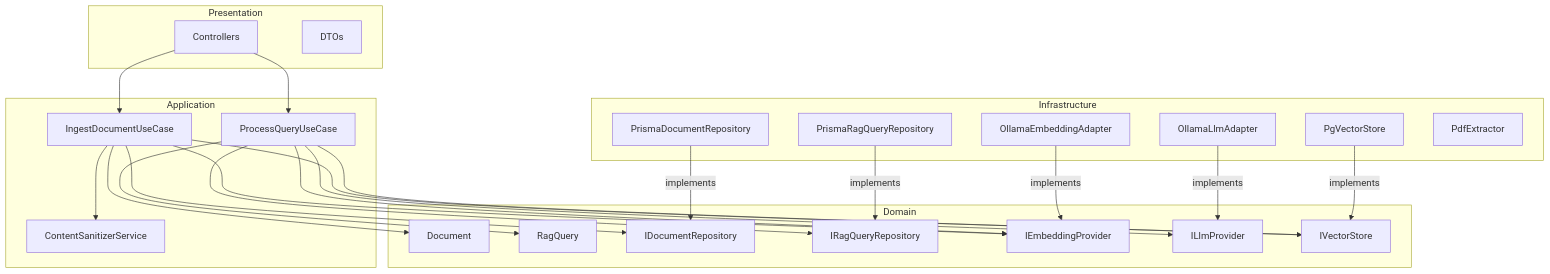
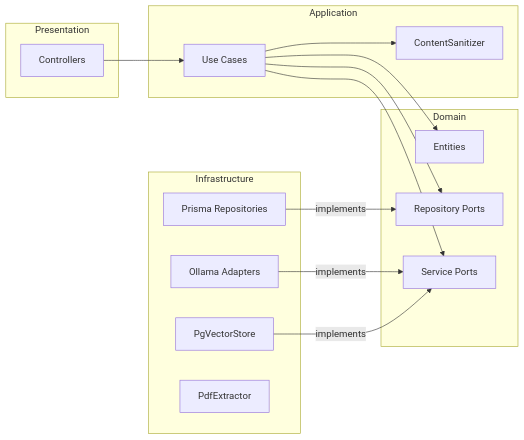
The first of 3 diagrams in README.md (vidaal126/Rag-api), drawn with Mermaid before and after one commit. The commit also changed other lines of this file, not shown here.

````diff
--- a/README.md
+++ b/README.md
@@ -57,50 +57,33 @@
 ```mermaid
-graph TD
+graph LR
     subgraph Presentation
-        A[Controllers]
-        B[DTOs]
+        CT[Controllers]
     end
 
     subgraph Application
-        C[IngestDocumentUseCase]
-        D[ProcessQueryUseCase]
-        E[ContentSanitizerService]
+        UC[Use Cases]
+        SV[ContentSanitizer]
     end
 
     subgraph Domain
-        F[Document]
-        G[RagQuery]
-        H[IDocumentRepository]
-        I[IRagQueryRepository]
-        J[IEmbeddingProvider]
-        K[ILlmProvider]
-        L[IVectorStore]
+        EN[Entities]
+        RP[Repository Ports]
+        SP[Service Ports]
     end
 
     subgraph Infrastructure
-        M[PrismaDocumentRepository]
-        N[PrismaRagQueryRepository]
-        O[OllamaEmbeddingAdapter]
-        P[OllamaLlmAdapter]
-        Q[PgVectorStore]
-        R[PdfExtractor]
+        PR[Prisma Repositories]
+        OL[Ollama Adapters]
+        PV[PgVectorStore]
+        PD[PdfExtractor]
     end
 
-    A --> C
-    A --> D
-    C --> F
-    C --> H
-    C --> J
-    C --> L
-    C --> E
-    D --> G
-    D --> I
-    D --> J
-    D --> K
-    D --> L
-    M -->|implements| H
-    N -->|implements| I
-    O -->|implements| J
-    P -->|implements| K
-    Q -->|implements| L
+    CT --> UC
+    UC --> EN
+    UC --> RP
+    UC --> SP
+    UC --> SV
+    PR -->|implements| RP
+    OL -->|implements| SP
+    PV -->|implements| SP
 ```
````
